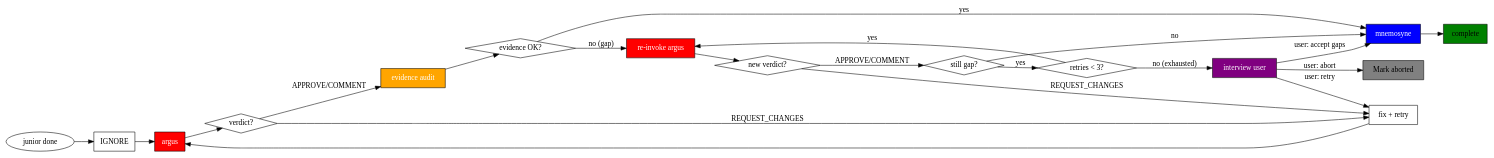
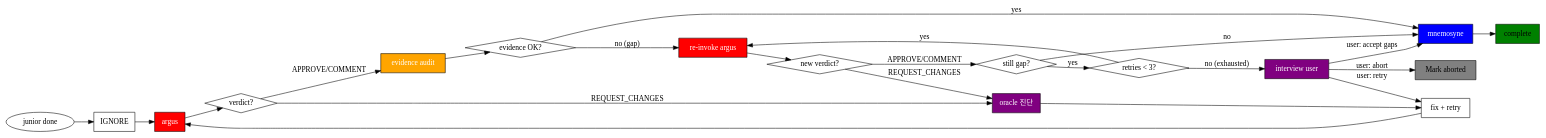
Before and after one commit to toongri/oh-my-toong-playground: the diagram in skills/sisyphus/verification.md, drawn with Graphviz. The commit also changed other lines of this file and 1 other file, not shown here.

First line of the commit message:
refactor(sisyphus): RULE 7 삭제 + oracle 정상 흐름 반영

````diff
--- a/skills/sisyphus/verification.md
+++ b/skills/sisyphus/verification.md
@@ -7,40 +7,42 @@
 ```dot
 digraph verification_flow {
     rankdir=LR;
     "junior done" [shape=ellipse];
     "IGNORE" [shape=box];
     "argus" [shape=box, style=filled, fillcolor=red, fontcolor=white];
     "verdict?" [shape=diamond];
     "evidence audit" [shape=box, style=filled, fillcolor=orange, fontcolor=white];
     "evidence OK?" [shape=diamond];
     "re-invoke argus" [shape=box, style=filled, fillcolor=red, fontcolor=white];
     "new verdict?" [shape=diamond];
     "still gap?" [shape=diamond];
     "retries < 3?" [shape=diamond];
     "interview user" [shape=box, style=filled, fillcolor=purple, fontcolor=white];
+    "oracle 진단" [shape=box, style=filled, fillcolor=purple, fontcolor=white];
     "mnemosyne" [shape=box, style=filled, fillcolor=blue, fontcolor=white];
     "complete" [shape=box, style=filled, fillcolor=green];
     "fix + retry" [shape=box];
 
     "junior done" -> "IGNORE" -> "argus" -> "verdict?";
-    "verdict?" -> "fix + retry" [label="REQUEST_CHANGES"];
+    "verdict?" -> "oracle 진단" [label="REQUEST_CHANGES"];
+    "oracle 진단" -> "fix + retry";
     "verdict?" -> "evidence audit" [label="APPROVE/COMMENT"];
     "evidence audit" -> "evidence OK?";
     "evidence OK?" -> "mnemosyne" [label="yes"];
     "evidence OK?" -> "re-invoke argus" [label="no (gap)"];
     "re-invoke argus" -> "new verdict?";
-    "new verdict?" -> "fix + retry" [label="REQUEST_CHANGES"];
+    "new verdict?" -> "oracle 진단" [label="REQUEST_CHANGES"];
     "new verdict?" -> "still gap?" [label="APPROVE/COMMENT"];
     "still gap?" -> "mnemosyne" [label="no"];
     "still gap?" -> "retries < 3?" [label="yes"];
     "retries < 3?" -> "re-invoke argus" [label="yes"];
     "retries < 3?" -> "interview user" [label="no (exhausted)"];
     "mnemosyne" -> "complete";
     "fix + retry" -> "argus";
     "Mark aborted" [shape=box, style=filled, fillcolor=gray];
 
     "interview user" -> "fix + retry" [label="user: retry"];
     "interview user" -> "mnemosyne" [label="user: accept gaps"];
     "interview user" -> "Mark aborted" [label="user: abort"];
 }
 ```
````
